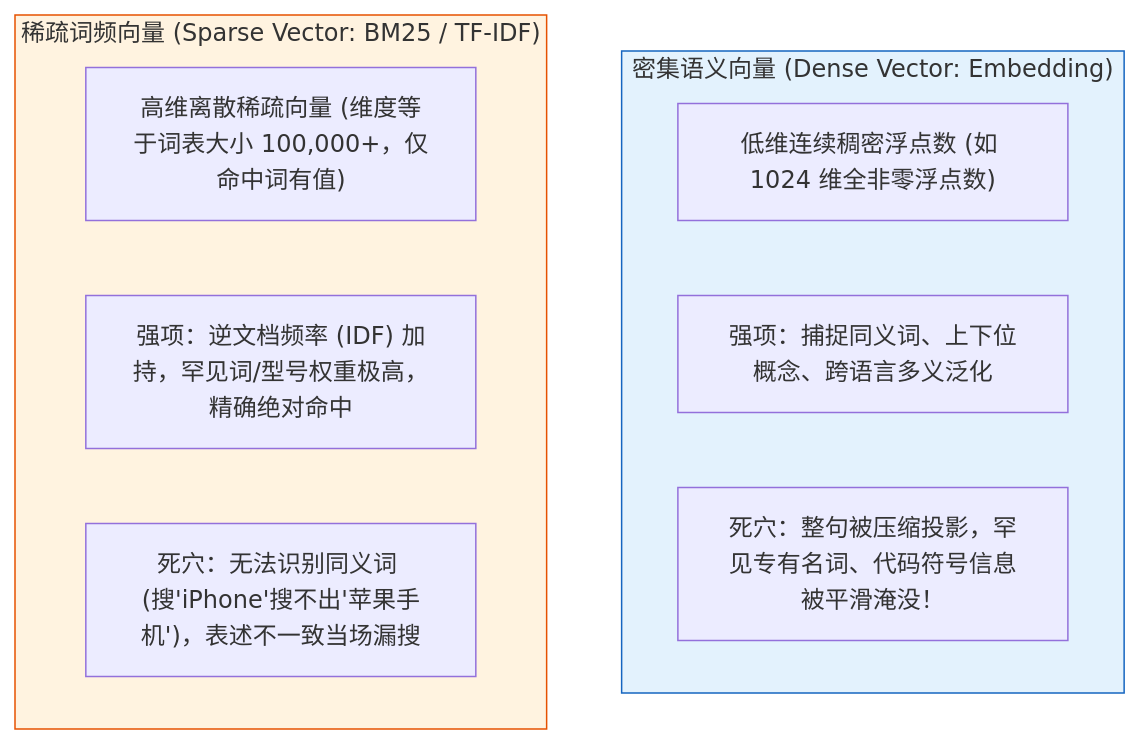
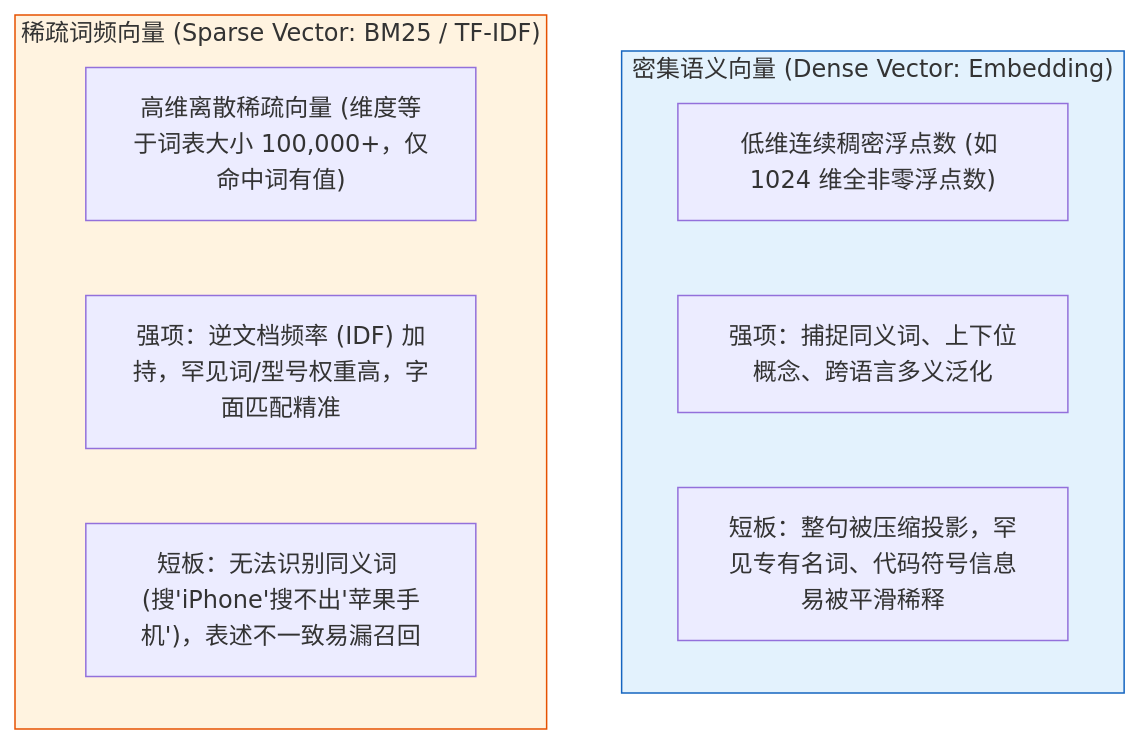
One commit to GuoWWWX/knowledge-base changed the first of 3 diagrams in 10-AI应用开发/03-知识库技术-RAG/08-混合检索-Hybrid-Search.md. Above: the diagram before and after it, drawn with Mermaid. The commit also changed other lines of this file and 251 other files, not shown here.

````diff
--- a/10-AI应用开发/03-知识库技术-RAG/08-混合检索-Hybrid-Search.md
+++ b/10-AI应用开发/03-知识库技术-RAG/08-混合检索-Hybrid-Search.md
@@ -38,17 +31,17 @@
 ```mermaid
 graph TD
     subgraph Dense["密集语义向量 (Dense Vector: Embedding)"]
         D1["低维连续稠密浮点数 (如 1024 维全非零浮点数)"]
         D2["强项：捕捉同义词、上下位概念、跨语言多义泛化"]
-        D3["死穴：整句被压缩投影，罕见专有名词、代码符号信息被平滑淹没！"]
+        D3["短板：整句被压缩投影，罕见专有名词、代码符号信息易被平滑稀释"]
     end
 
     subgraph Sparse["稀疏词频向量 (Sparse Vector: BM25 / TF-IDF)"]
         S1["高维离散稀疏向量 (维度等于词表大小 100,000+，仅命中词有值)"]
-        S2["强项：逆文档频率 (IDF) 加持，罕见词/型号权重极高，精确绝对命中"]
-        S3["死穴：无法识别同义词 (搜'iPhone'搜不出'苹果手机')，表述不一致当场漏搜"]
+        S2["强项：逆文档频率 (IDF) 加持，罕见词/型号权重高，字面匹配精准"]
+        S3["短板：无法识别同义词 (搜'iPhone'搜不出'苹果手机')，表述不一致易漏召回"]
     end
 
     style Dense fill:#e3f2fd,stroke:#1565c0,stroke-width:1px
     style Sparse fill:#fff3e0,stroke:#e65100,stroke-width:1px
 ```
````
